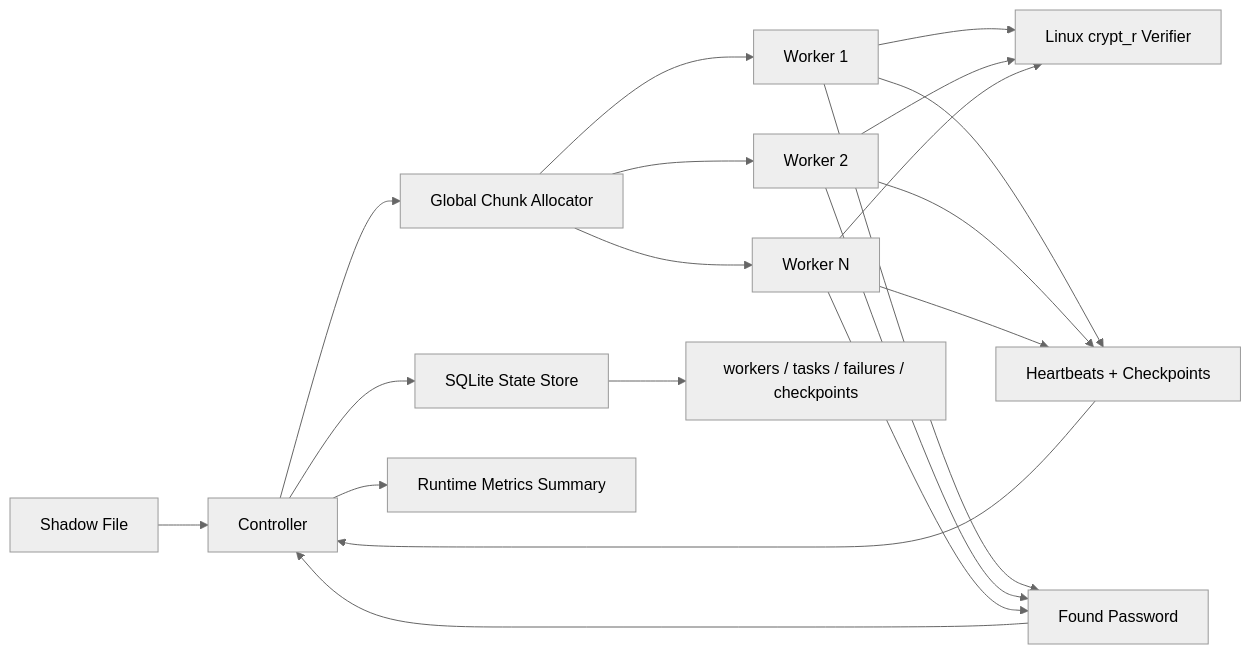
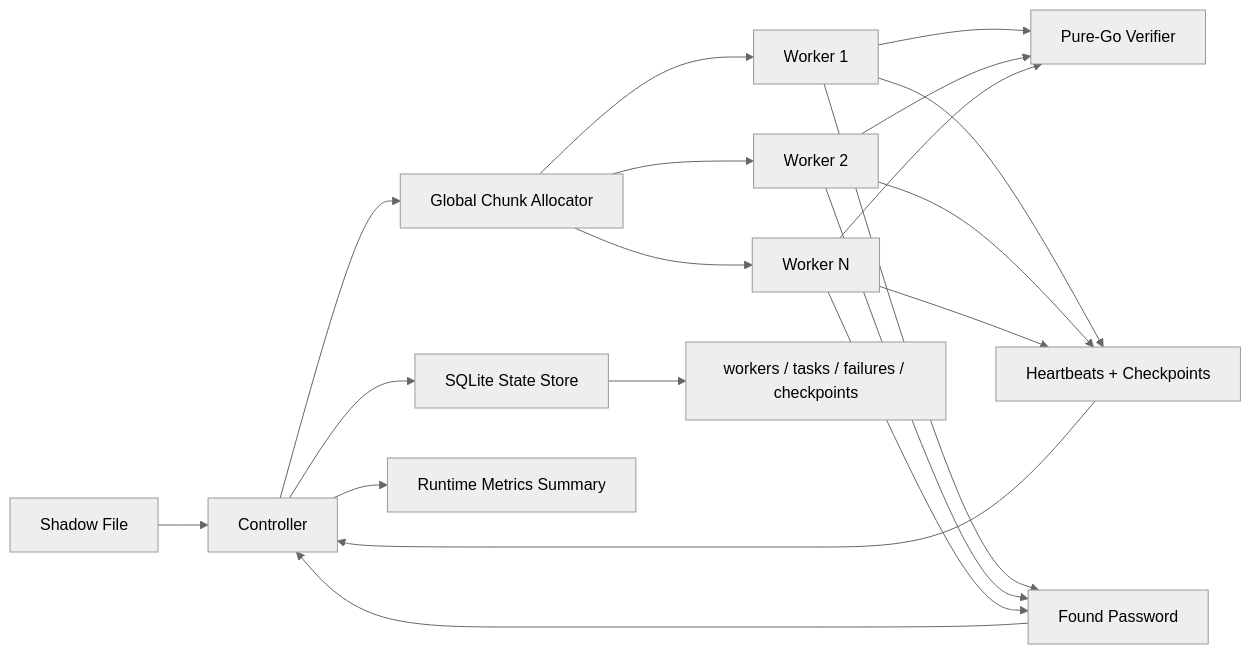
The first of 2 diagrams in README.md (aryanjand/Unix-Password-Cracker), drawn with Mermaid (neutral theme) before and after one commit. The commit also changed other lines of this file and 9 other files, not shown here.

````diff
--- a/README.md
+++ b/README.md
@@ -24,27 +32,27 @@
 ```mermaid
 flowchart LR
     S["Shadow File"] --> C["Controller"]
     C --> A["Global Chunk Allocator"]
     A --> W1["Worker 1"]
     A --> W2["Worker 2"]
     A --> WN["Worker N"]
 
-    W1 --> V["Linux crypt_r Verifier"]
+    W1 --> V["Pure-Go Verifier"]
     W2 --> V
     WN --> V
 
     W1 --> H["Heartbeats + Checkpoints"]
     W2 --> H
     WN --> H
     H --> C
 
     C --> D["SQLite State Store"]
     D --> T["workers / tasks / failures / checkpoints"]
 
     W1 --> R["Found Password"]
     W2 --> R
     WN --> R
     R --> C
 
     C --> M["Runtime Metrics Summary"]
 ```
````
